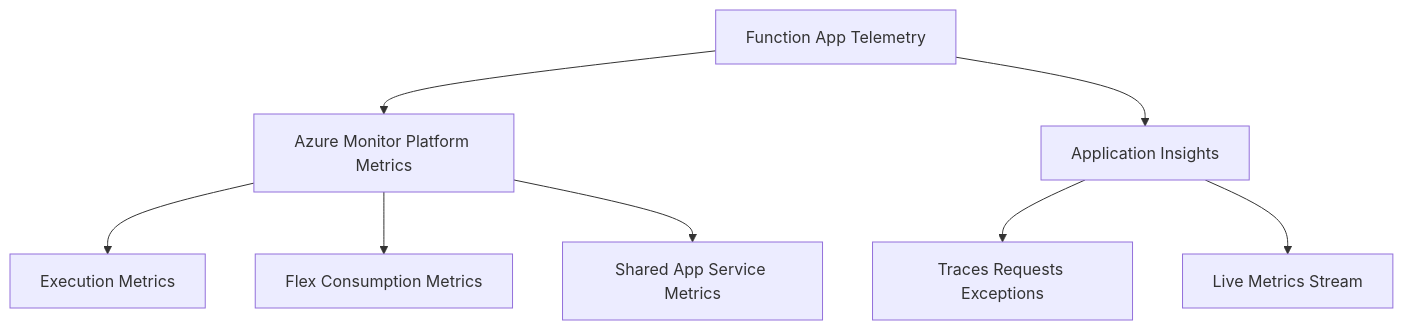
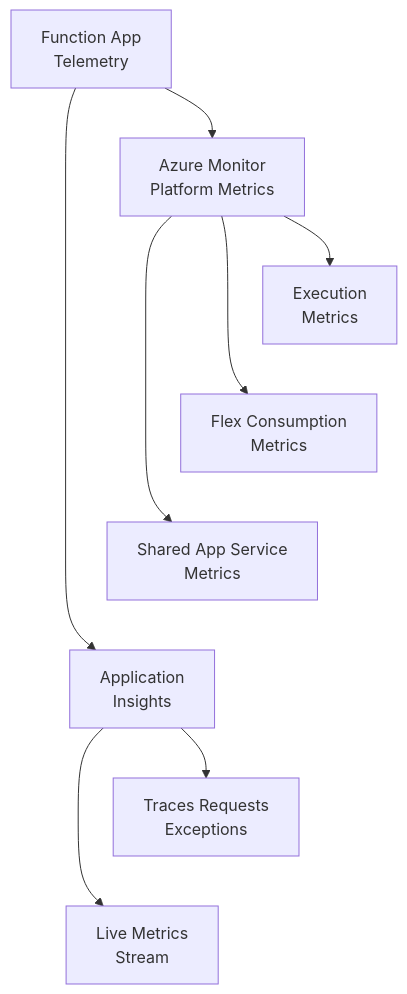
The diagram in docs/reference/metrics/index.md (yeongseon/azure-functions-practical-guide), drawn with Mermaid before and after one commit. The commit also changed other lines of this file and 4 other files, not shown here.

First line of the commit message:
docs(diagrams): clarify Functions metrics reference maps (#555)

````diff
--- a/docs/reference/metrics/index.md
+++ b/docs/reference/metrics/index.md
@@ -25,10 +25,17 @@
 ```mermaid
 flowchart TD
-    A[Function App Telemetry] --> B[Azure Monitor Platform Metrics]
-    A --> C[Application Insights]
-    B --> D[Execution Metrics]
-    B --> E[Flex Consumption Metrics]
-    B --> F[Shared App Service Metrics]
-    C --> G[Traces Requests Exceptions]
-    C --> H[Live Metrics Stream]
+    accTitle: Functions platform metrics and Application Insights reference map
+    accDescr: Two reference branches distinguish plan and OS dependent Azure Monitor platform metrics from configured Application Insights telemetry and its live view. Execution, Flex Consumption and shared App Service categories do not imply universal metric availability. See the adjacent source key.
+    A["Function App<br/>Telemetry"] --> B["Azure Monitor<br/>Platform Metrics"]
+    A --> C["Application<br/>Insights"]
+    B --> D["Execution<br/>Metrics"]
+    B --> E["Flex Consumption<br/>Metrics"]
+    B --> F["Shared App Service<br/>Metrics"]
+    C --> G["Traces Requests<br/>Exceptions"]
+    C --> H["Live Metrics<br/>Stream"]
+    %% Layout-only links tier source topics; they add no signal paths or processing steps.
+    D ~~~ E
+    E ~~~ F
+    F ~~~ C
+    G ~~~ H
 ```
````
